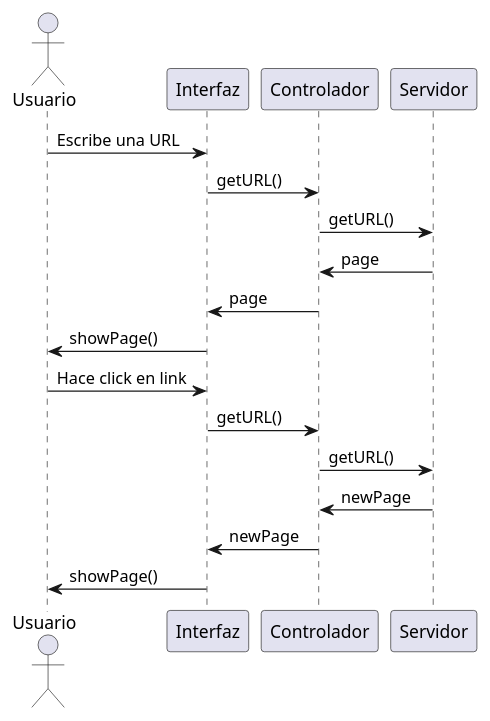
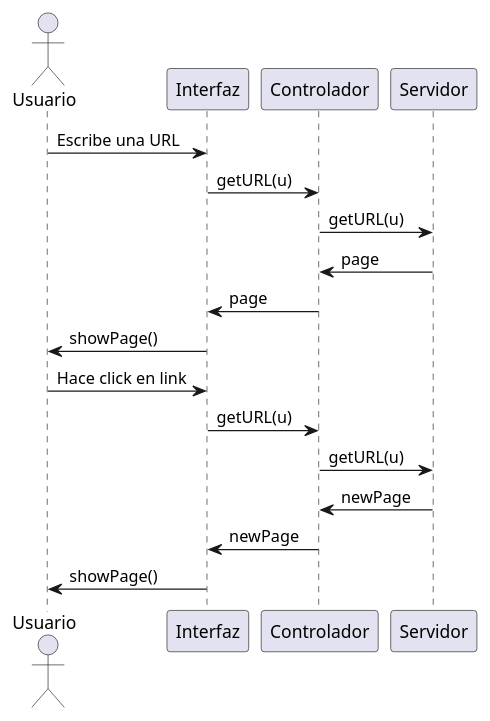
Before and after one commit to TFG-SGM/memoria: the first of 2 diagrams in templateAPP/input/chapters/02_arte.md, drawn with PlantUML. The commit also changed other lines of this file and 47 other files, not shown here.

````diff
--- a/templateAPP/input/chapters/02_arte.md
+++ b/templateAPP/input/chapters/02_arte.md
@@ -94,22 +94,22 @@
 ```{.plantuml #capitulo2:enrutado-servidor caption="Enrutado en el lado del servidor" frame=single}
 @startuml
 actor Usuario
 
 Usuario -> Interfaz: Escribe una URL
-Interfaz -> Controlador: getURL()
-Controlador -> Servidor: getURL()
+Interfaz -> Controlador: getURL(u)
+Controlador -> Servidor: getURL(u)
 
 Servidor -> Controlador: page
 Controlador -> Interfaz: page
 Interfaz -> Usuario: showPage()
 
 Usuario -> Interfaz: Hace click en link
-Interfaz -> Controlador: getURL()
-Controlador -> Servidor: getURL()
+Interfaz -> Controlador: getURL(u)
+Controlador -> Servidor: getURL(u)
 
 Servidor -> Controlador: newPage
 Controlador -> Interfaz: newPage
 Interfaz -> Usuario: showPage()
 
 @enduml
 ```
````
